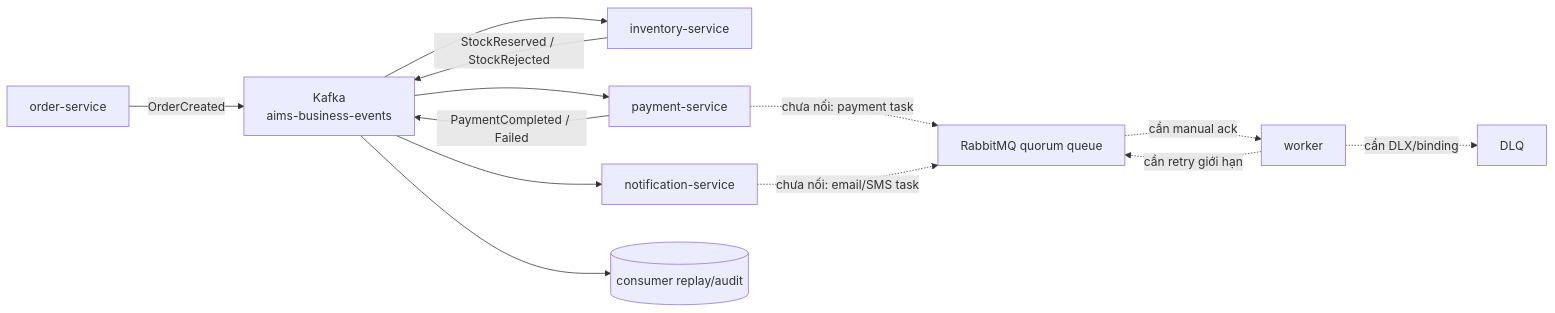
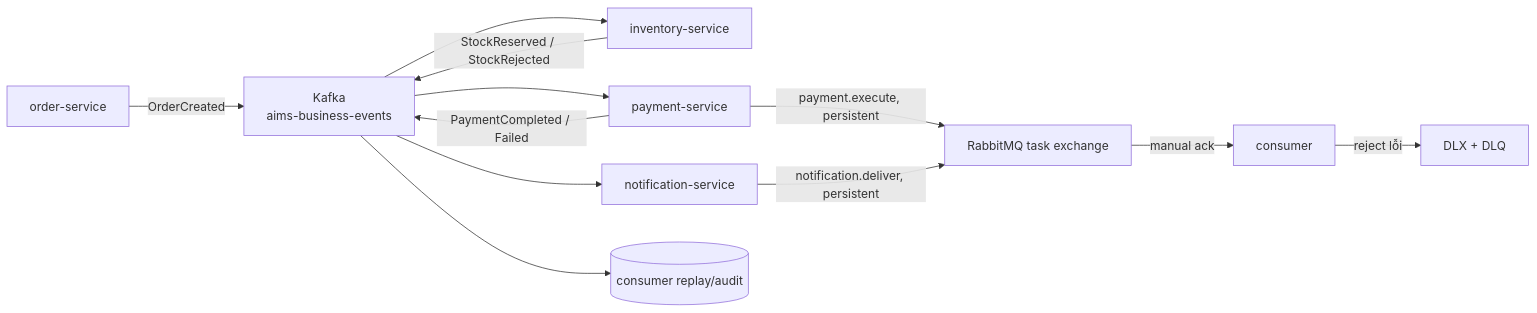
Before and after one commit to tndat-dev/An-Internet-Media-Store: the fourth of 8 diagrams in AIMS_OPERATION_FLOW_REPORT.md, drawn with Mermaid. The commit also changed other lines of this file and 21 other files, not shown here.

````diff
--- a/AIMS_OPERATION_FLOW_REPORT.md
+++ b/AIMS_OPERATION_FLOW_REPORT.md
@@ -279,17 +280,16 @@
 ```mermaid
 flowchart LR
     O[order-service] -->|OrderCreated| KB[Kafka<br/>aims-business-events]
     KB --> I[inventory-service]
     I -->|StockReserved / StockRejected| KB
     KB --> P[payment-service]
     P -->|PaymentCompleted / Failed| KB
     KB --> N[notification-service]
 
-    P -.->|chưa nối: payment task| R[RabbitMQ quorum queue]
-    N -.->|chưa nối: email/SMS task| R
-    R -.->|cần manual ack| W[worker]
-    W -.->|cần retry giới hạn| R
-    W -.->|cần DLX/binding| D[DLQ]
+    P -->|payment.execute, persistent| R[RabbitMQ task exchange]
+    N -->|notification.deliver, persistent| R
+    R -->|manual ack| W[consumer]
+    W -->|reject lỗi| D[DLX + DLQ]
 
     KB --> S[(consumer replay/audit)]
 ```
````
